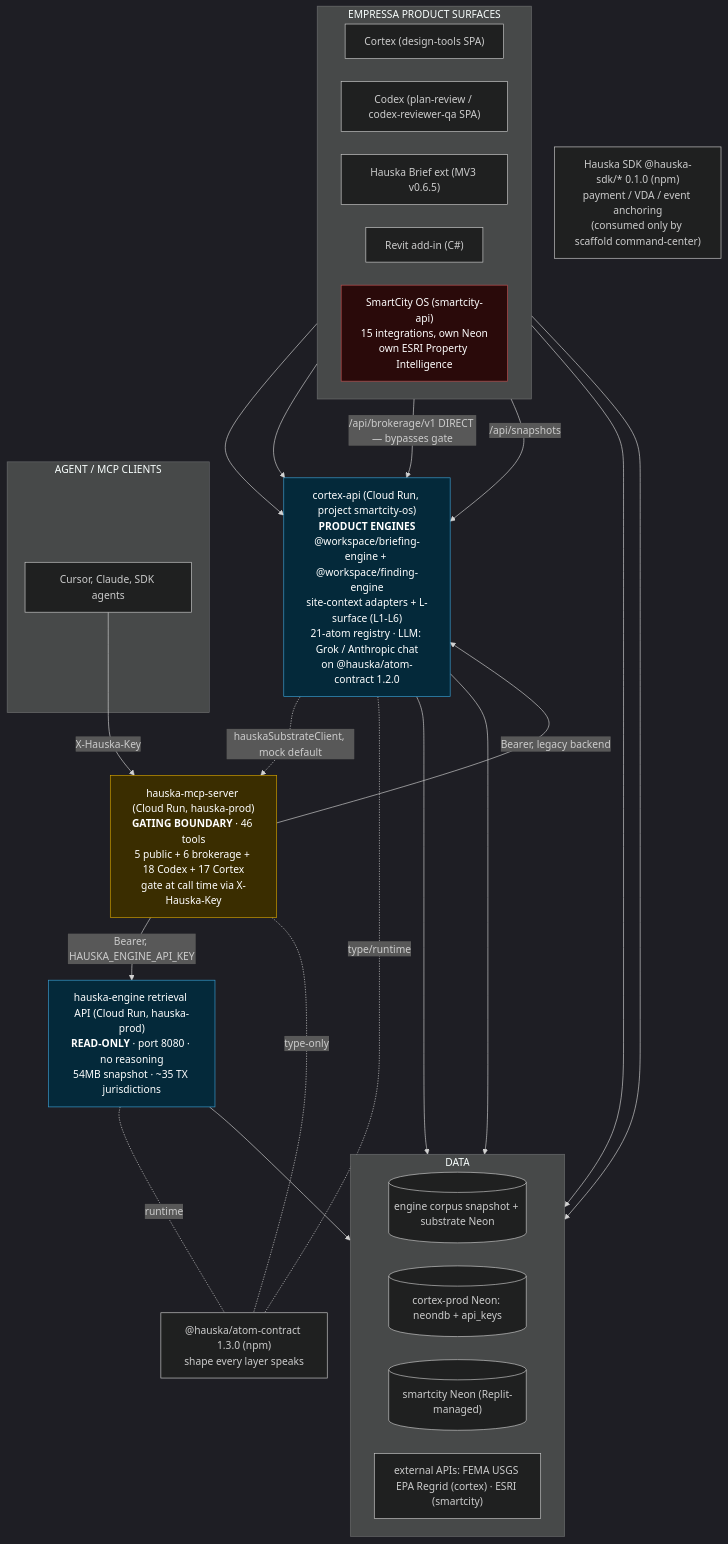
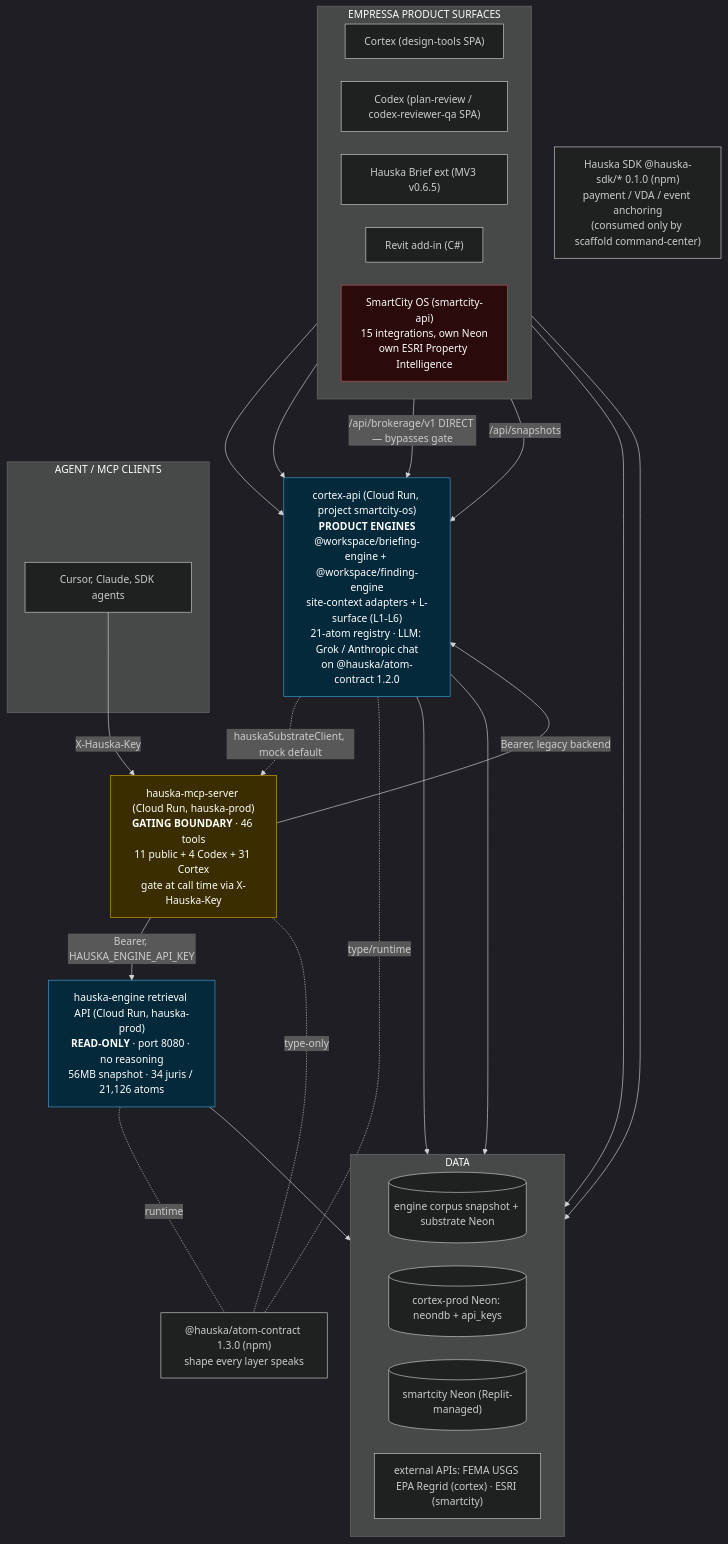
One commit to empressaioemail-tech/doc_repo changed the first of 5 diagrams in 00c_portfolio_master_map.md. Above: the diagram before and after it, drawn with Mermaid. The commit also changed other lines of this file and 1 other file, not shown here.

````diff
--- a/00c_portfolio_master_map.md
+++ b/00c_portfolio_master_map.md
@@ -33,59 +33,59 @@
 ```mermaid
 %%{init: {'theme': 'dark', 'flowchart': {'nodeSpacing': 36, 'rankSpacing': 50}}}%%
 flowchart TB
     subgraph EMP["EMPRESSA PRODUCT SURFACES"]
         direction LR
         DT["Cortex (design-tools SPA)"]
         PR["Codex (plan-review / codex-reviewer-qa SPA)"]
         BX["Hauska Brief ext (MV3 v0.6.5)"]
         RS["Revit add-in (C#)"]
         SC["SmartCity OS (smartcity-api)<br/>15 integrations, own Neon<br/>own ESRI Property Intelligence"]
     end
 
     subgraph CLIENTS["AGENT / MCP CLIENTS"]
         MCPC["Cursor, Claude, SDK agents"]
     end
 
     CORTEX["cortex-api (Cloud Run, project smartcity-os)<br/><b>PRODUCT ENGINES</b><br/>@workspace/briefing-engine + @workspace/finding-engine<br/>site-context adapters + L-surface (L1-L6)<br/>21-atom registry · LLM: Grok / Anthropic chat<br/>on @hauska/atom-contract 1.2.0"]
 
-    MCP["hauska-mcp-server (Cloud Run, hauska-prod)<br/><b>GATING BOUNDARY</b> · 46 tools<br/>5 public + 6 brokerage + 18 Codex + 17 Cortex<br/>gate at call time via X-Hauska-Key"]
+    MCP["hauska-mcp-server (Cloud Run, hauska-prod)<br/><b>GATING BOUNDARY</b> · 46 tools<br/>11 public + 4 Codex + 31 Cortex<br/>gate at call time via X-Hauska-Key"]
 
-    ENGINE["hauska-engine retrieval API (Cloud Run, hauska-prod)<br/><b>READ-ONLY</b> · port 8080 · no reasoning<br/>54MB snapshot · ~35 TX jurisdictions"]
+    ENGINE["hauska-engine retrieval API (Cloud Run, hauska-prod)<br/><b>READ-ONLY</b> · port 8080 · no reasoning<br/>56MB snapshot · 34 juris / 21,126 atoms"]
 
     CONTRACT["@hauska/atom-contract 1.3.0 (npm)<br/>shape every layer speaks"]
     SDK["Hauska SDK @hauska-sdk/* 0.1.0 (npm)<br/>payment / VDA / event anchoring<br/>(consumed only by scaffold command-center)"]
 
     subgraph DATA["DATA"]
         direction LR
         CORPUS[("engine corpus snapshot + substrate Neon")]
         CNEON[("cortex-prod Neon: neondb + api_keys")]
         SNEON[("smartcity Neon (Replit-managed)")]
         EXT["external APIs: FEMA USGS EPA Regrid (cortex) · ESRI (smartcity)"]
     end
 
     DT --> CORTEX
     PR --> CORTEX
     BX -->|"/api/brokerage/v1 DIRECT — bypasses gate"| CORTEX
     RS -->|"/api/snapshots"| CORTEX
     MCPC -->|X-Hauska-Key| MCP
 
     MCP -->|Bearer, legacy backend| CORTEX
     MCP -->|Bearer, HAUSKA_ENGINE_API_KEY| ENGINE
     CORTEX -.->|hauskaSubstrateClient, mock default| MCP
 
     CORTEX --> CNEON
     CORTEX --> EXT
     ENGINE --> CORPUS
     SC --> SNEON
     SC --> EXT
     CORTEX -. type/runtime .- CONTRACT
     MCP -. type-only .- CONTRACT
     ENGINE -. runtime .- CONTRACT
 
     classDef live fill:#04293a,stroke:#3aa0d4,color:#fff;
     classDef gate fill:#3a2d00,stroke:#d4a200,color:#fff;
     classDef island fill:#2a0a0a,stroke:#c05050,color:#fff;
     class CORTEX,ENGINE live;
     class MCP gate;
     class SC island;
 ```
````
